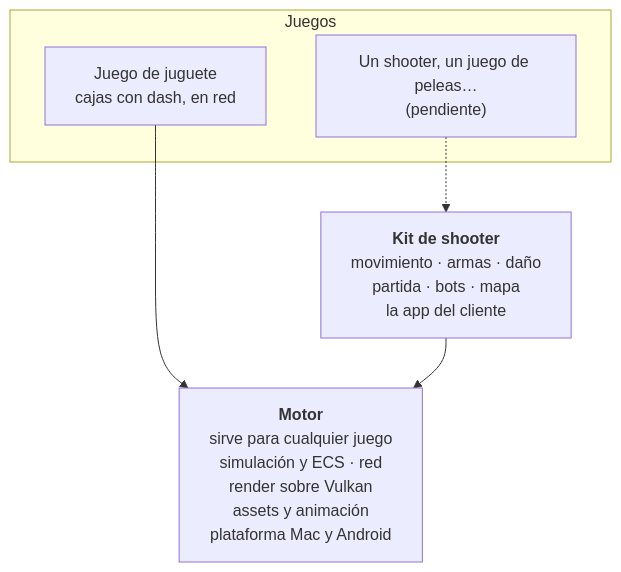
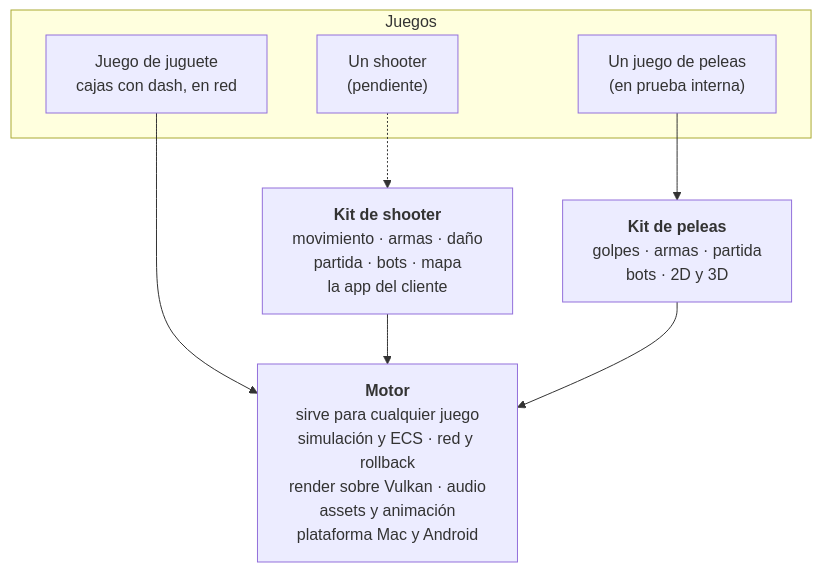
One commit to PsyBrainy/data changed the first of 7 diagrams in landing/projects/psyengine.md. Above: the diagram before and after it, drawn with Mermaid. The commit also changed other lines of this file and 3 other files, not shown here.

````diff
--- a/landing/projects/psyengine.md
+++ b/landing/projects/psyengine.md
@@ -24,12 +24,16 @@
 ```mermaid
 flowchart TB
     subgraph juegos["Juegos"]
         toy["Juego de juguete<br/>cajas con dash, en red"]
-        otro["Un shooter, un juego de peleas…<br/>(pendiente)"]
+        pelea["Un juego de peleas<br/>(en prueba interna)"]
+        shooter["Un shooter<br/>(pendiente)"]
     end
     kit["<b>Kit de shooter</b><br/>movimiento · armas · daño<br/>partida · bots · mapa<br/>la app del cliente"]
-    motor["<b>Motor</b><br/>sirve para cualquier juego<br/>simulación y ECS · red<br/>render sobre Vulkan<br/>assets y animación<br/>plataforma Mac y Android"]
+    kitp["<b>Kit de peleas</b><br/>golpes · armas · partida<br/>bots · 2D y 3D"]
+    motor["<b>Motor</b><br/>sirve para cualquier juego<br/>simulación y ECS · red y rollback<br/>render sobre Vulkan · audio<br/>assets y animación<br/>plataforma Mac y Android"]
     toy --> motor
-    otro -.-> kit
+    pelea --> kitp
+    shooter -.-> kit
     kit --> motor
+    kitp --> motor
 ```
````
